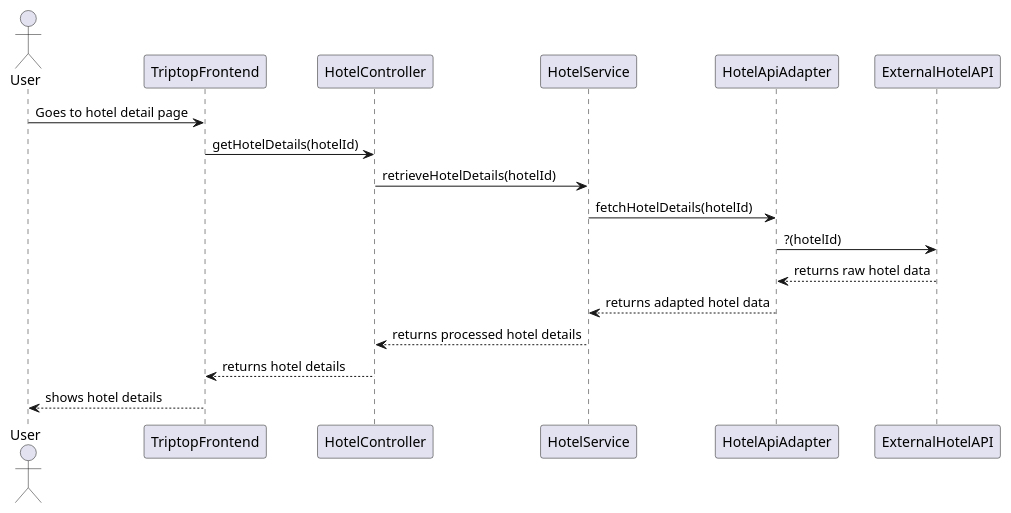
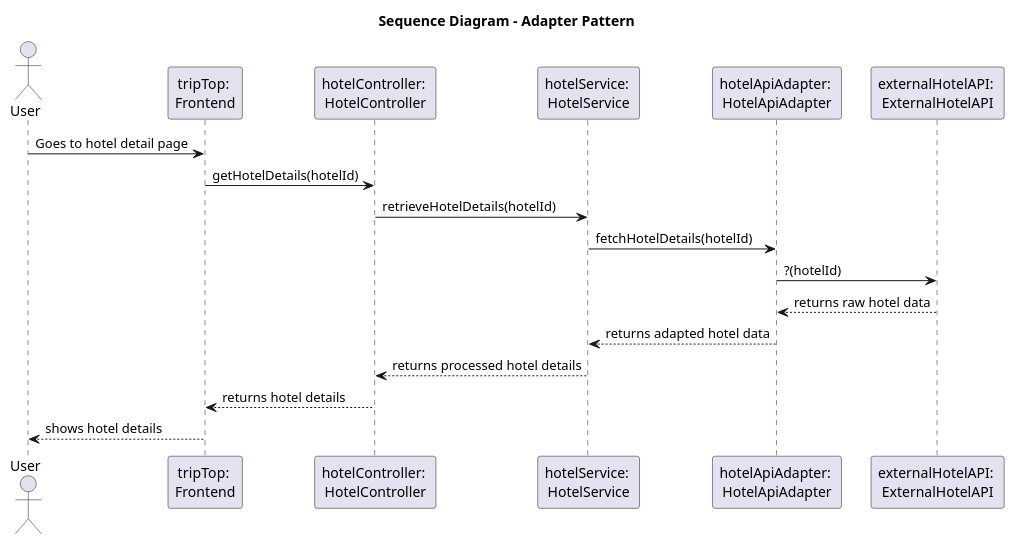
One commit to AIM-ENE-feb25/triptop-peak-performers-groep-1 changed the diagram in Jamiro/Dynmamische-Diagrammen/SquenceDiagramAdapterPatternJamiro.puml. Above: the diagram before and after it, drawn with PlantUML. The commit also changed 10 other files, not shown here.

Commit message:
Kleine verandringen in veel diagrammen

```diff
--- a/Jamiro/Dynmamische-Diagrammen/SquenceDiagramAdapterPatternJamiro.puml
+++ b/Jamiro/Dynmamische-Diagrammen/SquenceDiagramAdapterPatternJamiro.puml
@@ -1,21 +1,22 @@
 @startuml
+title Sequence Diagram - Adapter Pattern
 actor User
-participant TriptopFrontend
-participant HotelController
-participant HotelService
-participant HotelApiAdapter
-participant ExternalHotelAPI
+participant "tripTop: \nFrontend" as TriptopFrontend
+participant "hotelController: \nHotelController" as HotelController
+participant "hotelService: \nHotelService" as HotelService
+participant "hotelApiAdapter: \nHotelApiAdapter" as HotelApiAdapter
+participant "externalHotelAPI: \nExternalHotelAPI" as ExternalHotelAPI
 
 
 User -> TriptopFrontend: Goes to hotel detail page
 TriptopFrontend -> HotelController : getHotelDetails(hotelId)
 HotelController -> HotelService : retrieveHotelDetails(hotelId)
 HotelService -> HotelApiAdapter : fetchHotelDetails(hotelId)
 HotelApiAdapter -> ExternalHotelAPI : ?(hotelId)
 ExternalHotelAPI --> HotelApiAdapter : returns raw hotel data
 HotelApiAdapter --> HotelService : returns adapted hotel data
 HotelService --> HotelController : returns processed hotel details
 HotelController --> TriptopFrontend : returns hotel details
 TriptopFrontend --> User : shows hotel details
 
 @enduml
```
